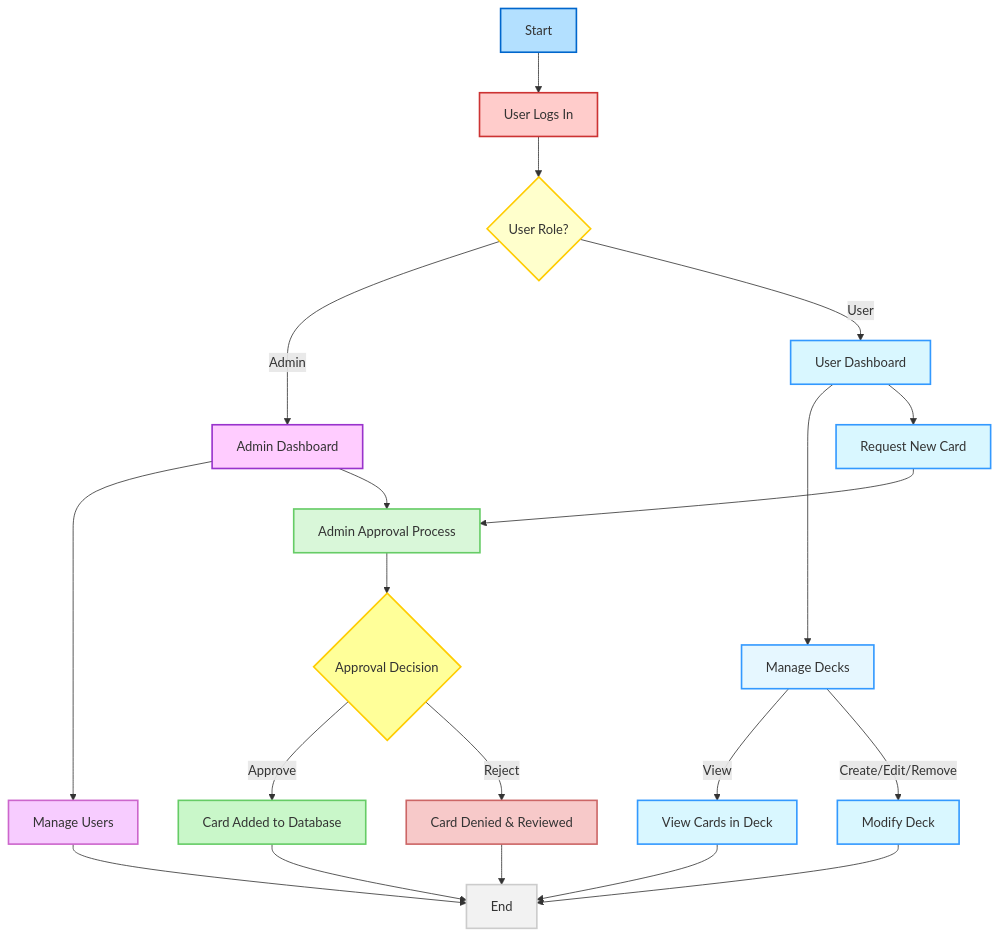
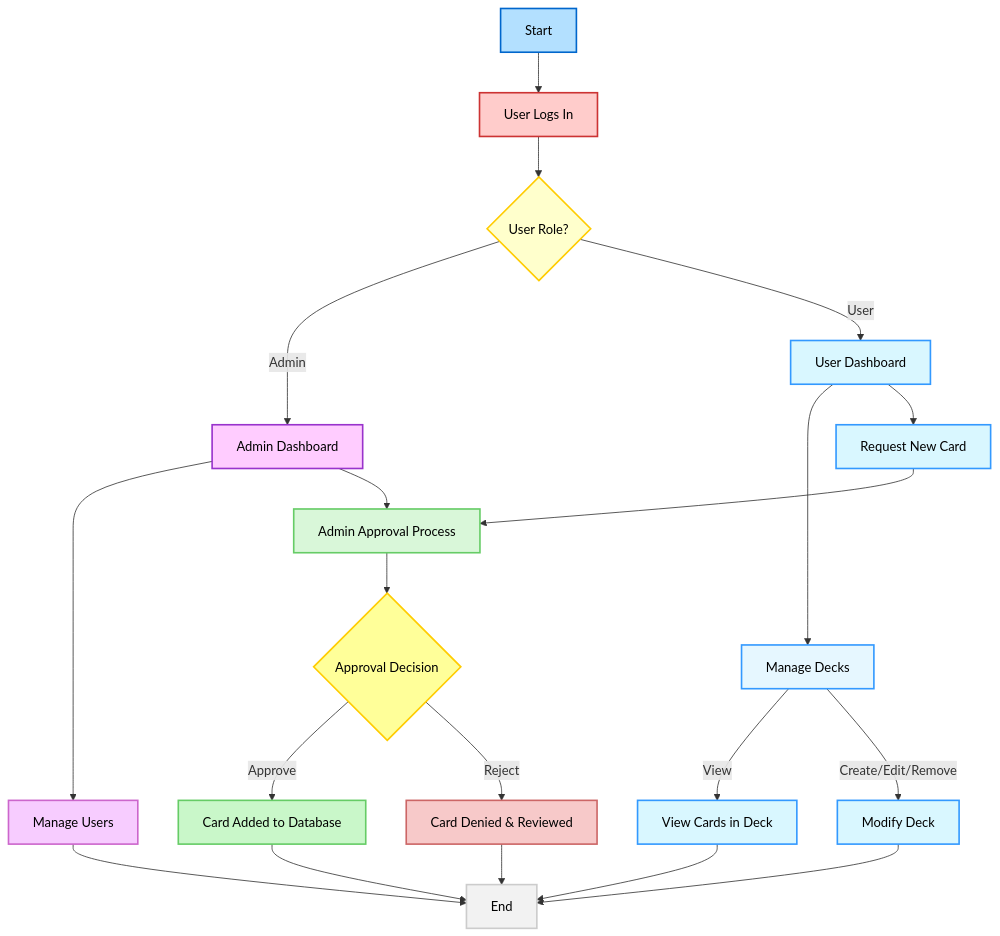
The second of 2 diagrams in Diagrams/READMYDIAGAMS.md (LoganPickell/git-practice-LoganPickell), drawn with Mermaid before and after one commit.

````diff
--- a/Diagrams/READMYDIAGAMS.md
+++ b/Diagrams/READMYDIAGAMS.md
@@ -53,61 +53,64 @@
 ```mermaid
 flowchart TD
     %% Start Point
     A[Start] --> B[User Logs In]
 
     %% Role Decision
     B --> C{User Role?}
     C -->|Admin| D[Admin Dashboard]
     C -->|User| E[User Dashboard]
 
     %% User Dashboard Actions
     E --> F[Manage Decks]
     F -->|View| F1[View Cards in Deck]
     F -->|Create/Edit/Remove| F2[Modify Deck]
     E --> K[Request New Card]
 
     %% Admin Actions
     D --> N[Manage Users]
     D --> M[Admin Approval Process]
 
     %% Card Request linked to Admin Approval
     K --> M
 
     %% Approval Decision
     M --> M1{Approval Decision}
     M1 -->|Approve| O[Card Added to Database]
     M1 -->|Reject| P[Card Denied & Reviewed]
 
     %% End Point
     O --> V[End]
     P --> V
     F1 --> V
     F2 --> V
     N --> V
 
     %% Styling
-    style A fill:#b3e0ff,stroke:#0066cc,stroke-width:2px, color:000000
-    style B fill:#ffcccb,stroke:#cc3333,stroke-width:2px, color:000000
-    style C fill:#ffffcc,stroke:#ffcc00,stroke-width:2px, color:000000
-    style E fill:#d9f7ff,stroke:#3399ff,stroke-width:2px, color:000000
-    style F fill:#e6f7ff,stroke:#3399ff,stroke-width:2px, color:000000
-    style D fill:#ffccff,stroke:#9933cc,stroke-width:2px, color:000000
-    style N fill:#f7ccff,stroke:#cc66cc,stroke-width:2px, color:000000
-    style M fill:#d9f7d9,stroke:#66cc66,stroke-width:2px, color:000000
-    style M1 fill:#ffff99,stroke:#ffcc00,stroke-width:2px, color:000000
-    style O fill:#c9f7c9,stroke:#66cc66,stroke-width:2px, color:000000
-    style P fill:#f7c9c9,stroke:#cc6666,stroke-width:2px, color:000000
-    style V fill:#f2f2f2,stroke:#cccccc,stroke-width:2px, color:000000
-    style F1 fill: color:000000
-    style F2 fill: color:000000
-    style K fill: color:000000
+    style A fill:#b3e0ff,stroke:#0066cc,stroke-width:2px, color:#000000
+    style B fill:#ffcccb,stroke:#cc3333,stroke-width:2px, color:#000000
+    style C fill:#ffffcc,stroke:#ffcc00,stroke-width:2px, color:#000000
+    style E fill:#d9f7ff,stroke:#3399ff,stroke-width:2px, color:#000000
+    style F fill:#e6f7ff,stroke:#3399ff,stroke-width:2px, color:#000000
+    style D fill:#ffccff,stroke:#9933cc,stroke-width:2px, color:#000000
+    style N fill:#f7ccff,stroke:#cc66cc,stroke-width:2px, color:#000000
+    style M fill:#d9f7d9,stroke:#66cc66,stroke-width:2px, color:#000000
+    style M1 fill:#ffff99,stroke:#ffcc00,stroke-width:2px, color:#000000
+    style O fill:#c9f7c9,stroke:#66cc66,stroke-width:2px, color:#000000
+    style P fill:#f7c9c9,stroke:#cc6666,stroke-width:2px, color:#000000
+    style V fill:#f2f2f2,stroke:#cccccc,stroke-width:2px, color:#000000
+
+    %% Apply dark text color to F1, F2, and K
+    style F1 color:#000000
+    style F2 color:#000000
+    style K color:#000000
 
     %% Role-Based Styling with classDef
     classDef user fill:#d9f7ff,stroke:#3399ff,stroke-width:2px;
     classDef admin fill:#ffccff,stroke:#9933cc,stroke-width:2px;
 
     %% Apply role-based classes explicitly
     class E,F1,F2,K user; 
-    class D,N,M admin;     
+    class D,N,M admin;
+
 
 ```
````
